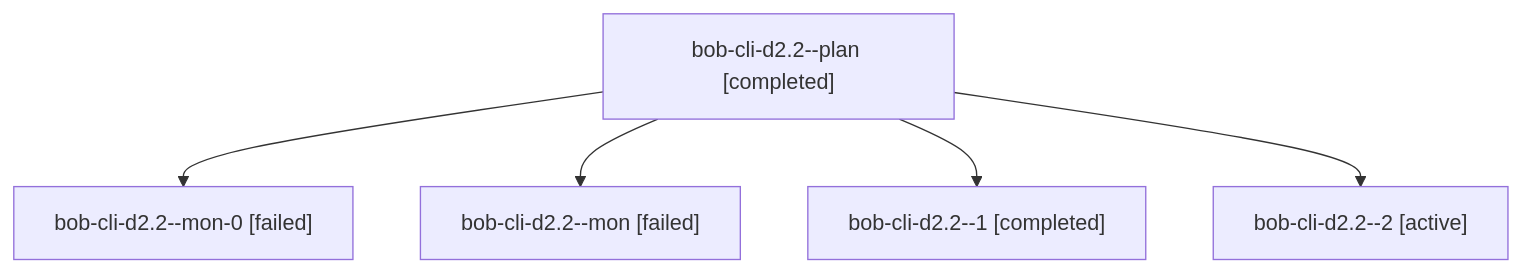
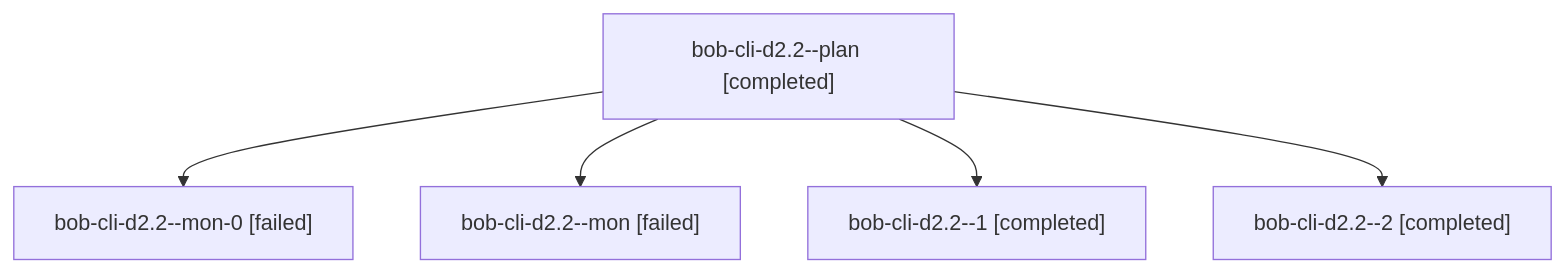
Before and after one commit to bobs-org/bob-cli--agents: the diagram in sessions/bbugyi200.athena.bob-cli-d2.2.md, drawn with Mermaid. The commit also changed other lines of this file and 299 other files, not shown here.

````diff
--- a/sessions/bbugyi200.athena.bob-cli-d2.2.md
+++ b/sessions/bbugyi200.athena.bob-cli-d2.2.md
@@ -9,12 +9,12 @@
 ```mermaid
 flowchart TD
   n0["bob-cli-d2.2--plan [completed]"]
   n1["bob-cli-d2.2--mon-0 [failed]"]
   n0 --> n1
   n2["bob-cli-d2.2--mon [failed]"]
   n0 --> n2
   n3["bob-cli-d2.2--1 [completed]"]
   n0 --> n3
-  n4["bob-cli-d2.2--2 [active]"]
+  n4["bob-cli-d2.2--2 [completed]"]
   n0 --> n4
 ```
````
